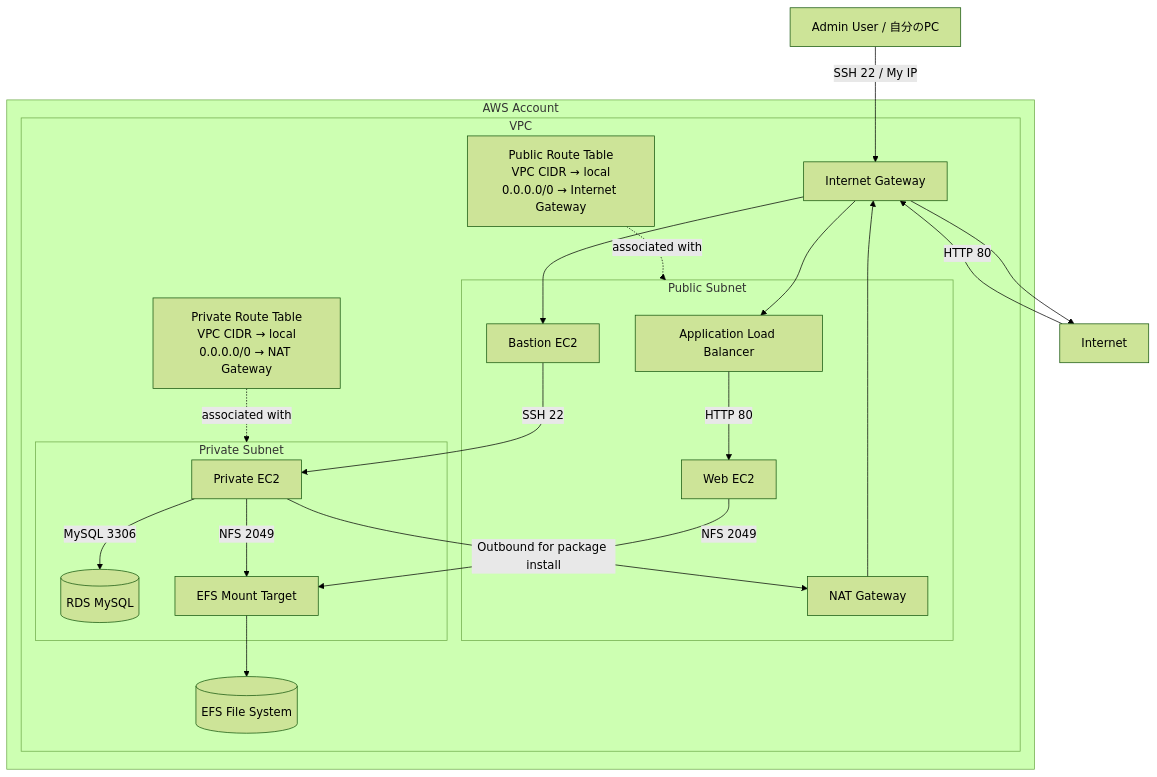
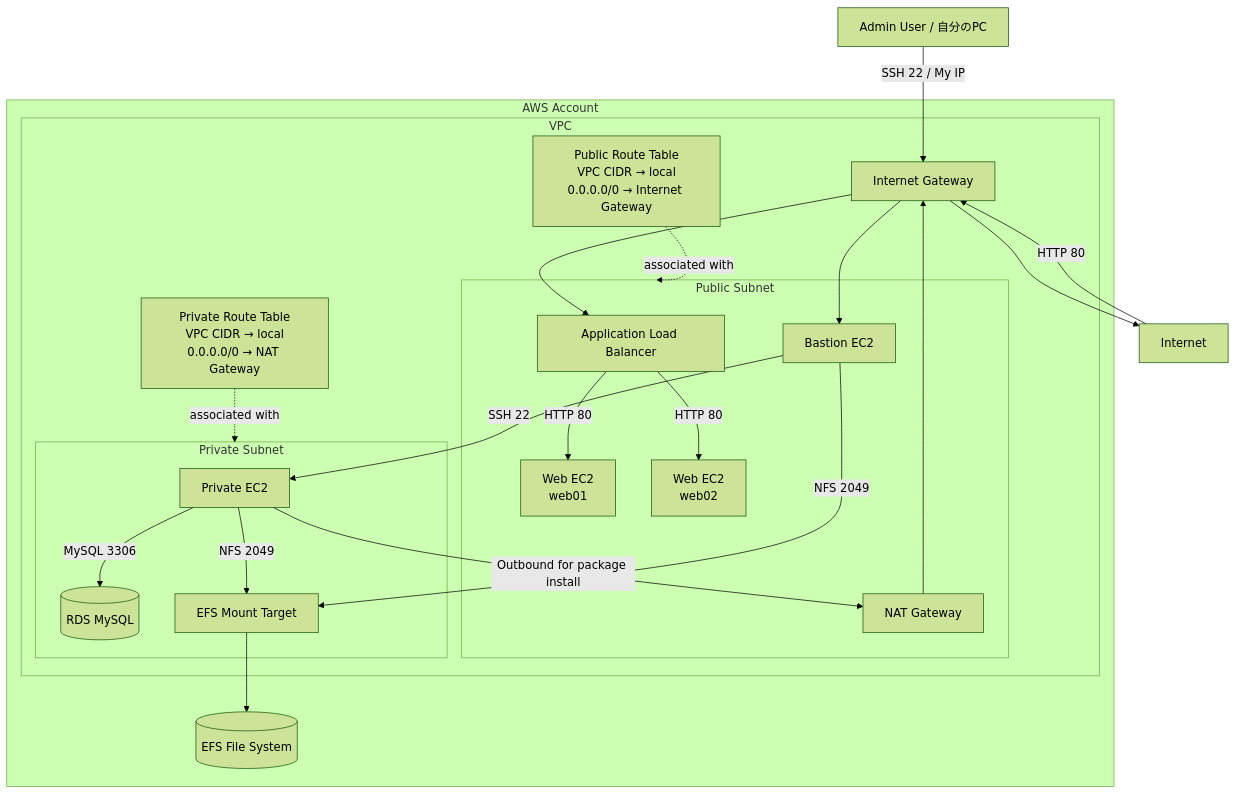
Before and after one commit to t107tsuji-netizen/aws-infrastructure-basic-lab: the diagram in architecture/core-architecture.md, drawn with Mermaid (forest theme).

````diff
--- a/architecture/core-architecture.md
+++ b/architecture/core-architecture.md
@@ -3,50 +2,53 @@
 ```mermaid
 flowchart TB
     admin[Admin User / 自分のPC]
     internet[Internet]
 
     subgraph aws[AWS Account]
         subgraph vpc[VPC]
             igw[Internet Gateway]
 
             subgraph public[Public Subnet]
                 alb[Application Load Balancer]
                 bastion[Bastion EC2]
-                web[Web EC2]
+                web01[Web EC2<br/>web01]
+                web02[Web EC2<br/>web02]
                 nat[NAT Gateway]
             end
 
             subgraph private[Private Subnet]
                 privateEc2[Private EC2]
                 rds[(RDS MySQL)]
                 efsMt[EFS Mount Target]
             end
 
-            efs[(EFS File System)]
-
             publicRt["Public Route Table<br/>VPC CIDR → local<br/>0.0.0.0/0 → Internet Gateway"]
             privateRt["Private Route Table<br/>VPC CIDR → local<br/>0.0.0.0/0 → NAT Gateway"]
         end
+
+        efs[(EFS File System)]
     end
 
     internet -->|HTTP 80| igw
     igw --> alb
-    alb -->|HTTP 80| web
+
+    alb -->|HTTP 80| web01
+    alb -->|HTTP 80| web02
 
     admin -->|SSH 22 / My IP| igw
     igw --> bastion
     bastion -->|SSH 22| privateEc2
 
     privateEc2 -->|MySQL 3306| rds
 
+    bastion -->|NFS 2049| efsMt
     privateEc2 -->|NFS 2049| efsMt
-    web -->|NFS 2049| efsMt
     efsMt --> efs
 
     privateEc2 -->|Outbound for package install| nat
     nat --> igw
     igw --> internet
 
     publicRt -. associated with .-> public
     privateRt -. associated with .-> private
 ```
````
